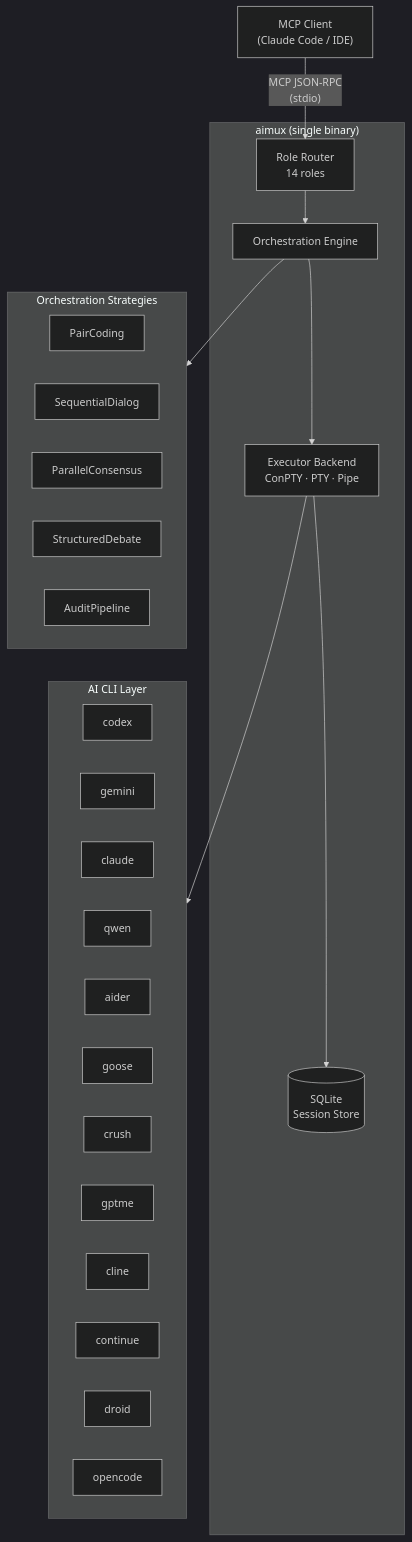
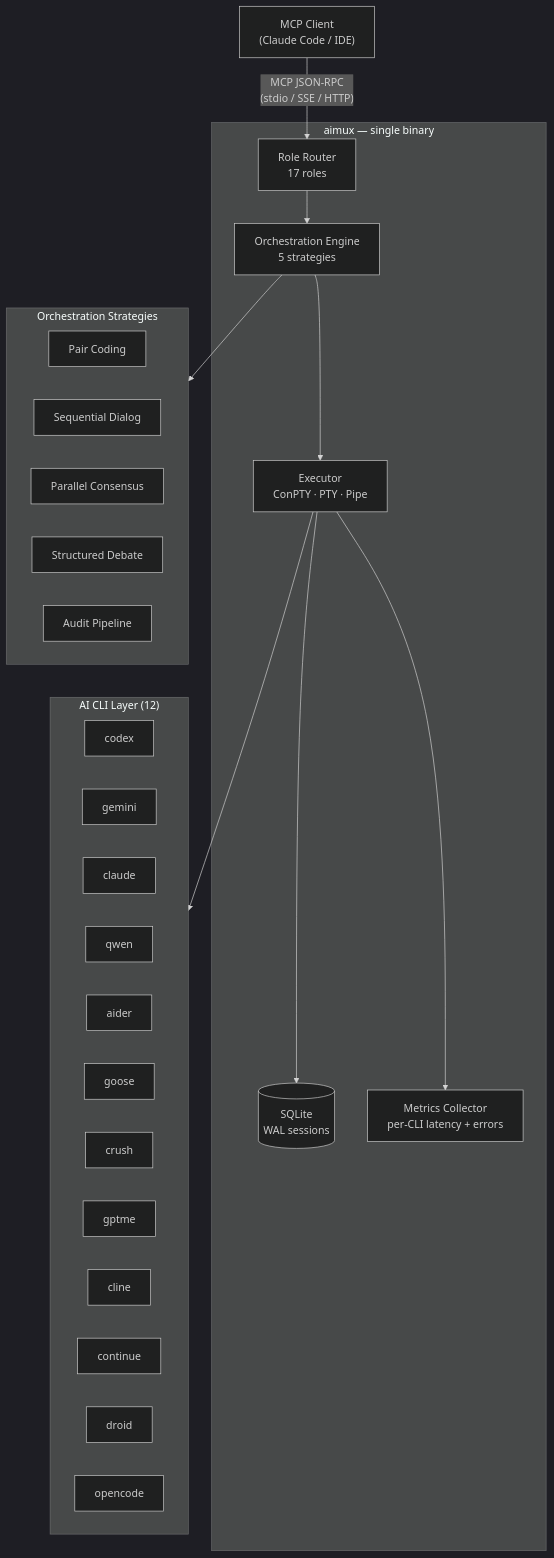
One commit to thebtf/aimux changed the diagram in README.md. Above: the diagram before and after it, drawn with Mermaid (dark theme). The commit also changed other lines of this file and 1 other file, not shown here.

````diff
--- a/README.md
+++ b/README.md
@@ -13,42 +32,44 @@
 ```mermaid
 graph TD
     Client["MCP Client\n(Claude Code / IDE)"]
 
-    subgraph aimux["aimux (single binary)"]
-        Router["Role Router\n14 roles"]
-        Orchestrator["Orchestration Engine"]
-        Executor["Executor Backend\nConPTY · PTY · Pipe"]
-        DB[(SQLite\nSession Store)]
+    subgraph aimux["aimux — single binary"]
+        Router["Role Router\n17 roles"]
+        Orchestrator["Orchestration Engine\n5 strategies"]
+        Executor["Executor\nConPTY · PTY · Pipe"]
+        DB[(SQLite\nWAL sessions)]
+        Metrics["Metrics Collector\nper-CLI latency + errors"]
 
         Router --> Orchestrator
         Orchestrator --> Executor
         Executor --> DB
+        Executor --> Metrics
     end
 
     subgraph Strategies["Orchestration Strategies"]
-        PC[PairCoding]
-        SD[SequentialDialog]
-        PC2[ParallelConsensus]
-        DB2[StructuredDebate]
-        AP[AuditPipeline]
+        PC[Pair Coding]
+        SD[Sequential Dialog]
+        PC2[Parallel Consensus]
+        DB2[Structured Debate]
+        AP[Audit Pipeline]
     end
 
-    subgraph CLIs["AI CLI Layer"]
+    subgraph CLIs["AI CLI Layer (12)"]
         codex[codex]
         gemini[gemini]
         claude[claude]
         qwen[qwen]
         aider[aider]
         goose[goose]
         crush[crush]
         gptme[gptme]
         cline[cline]
         cn[continue]
         droid[droid]
         opencode[opencode]
     end
 
-    Client -->|"MCP JSON-RPC\n(stdio)"| Router
+    Client -->|"MCP JSON-RPC\n(stdio / SSE / HTTP)"| Router
     Orchestrator --> Strategies
     Executor --> CLIs
 ```
````
